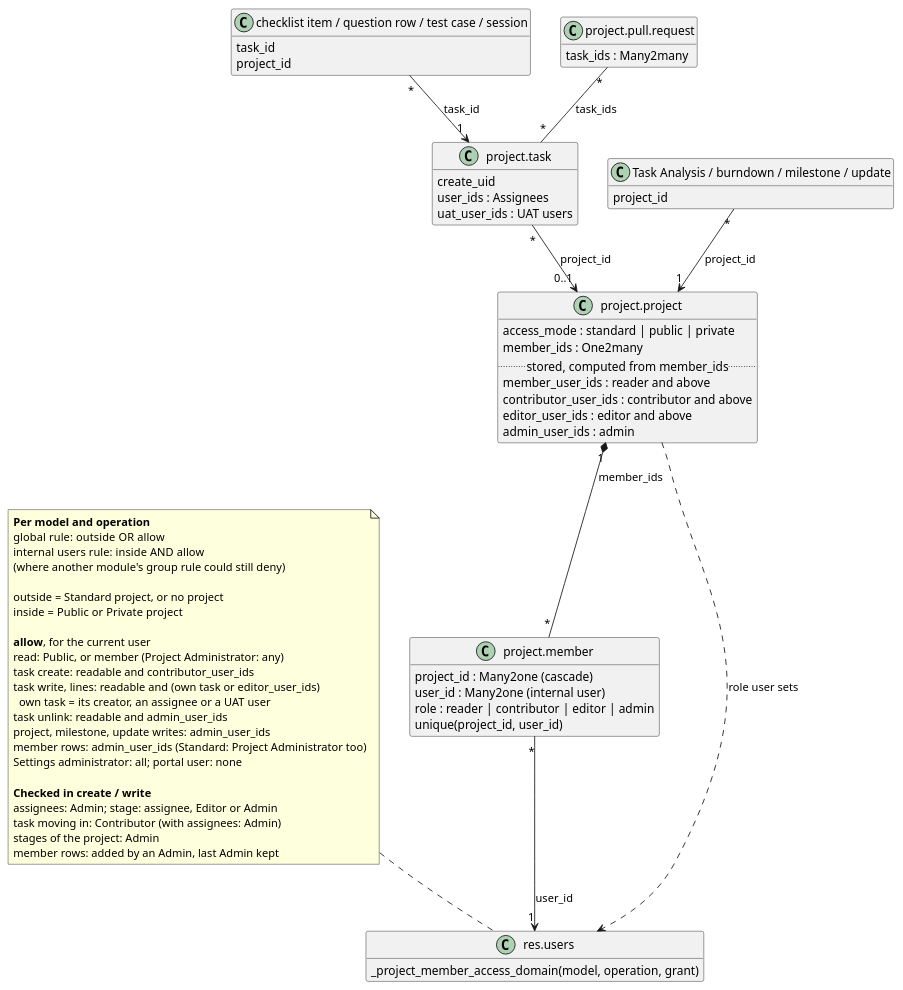
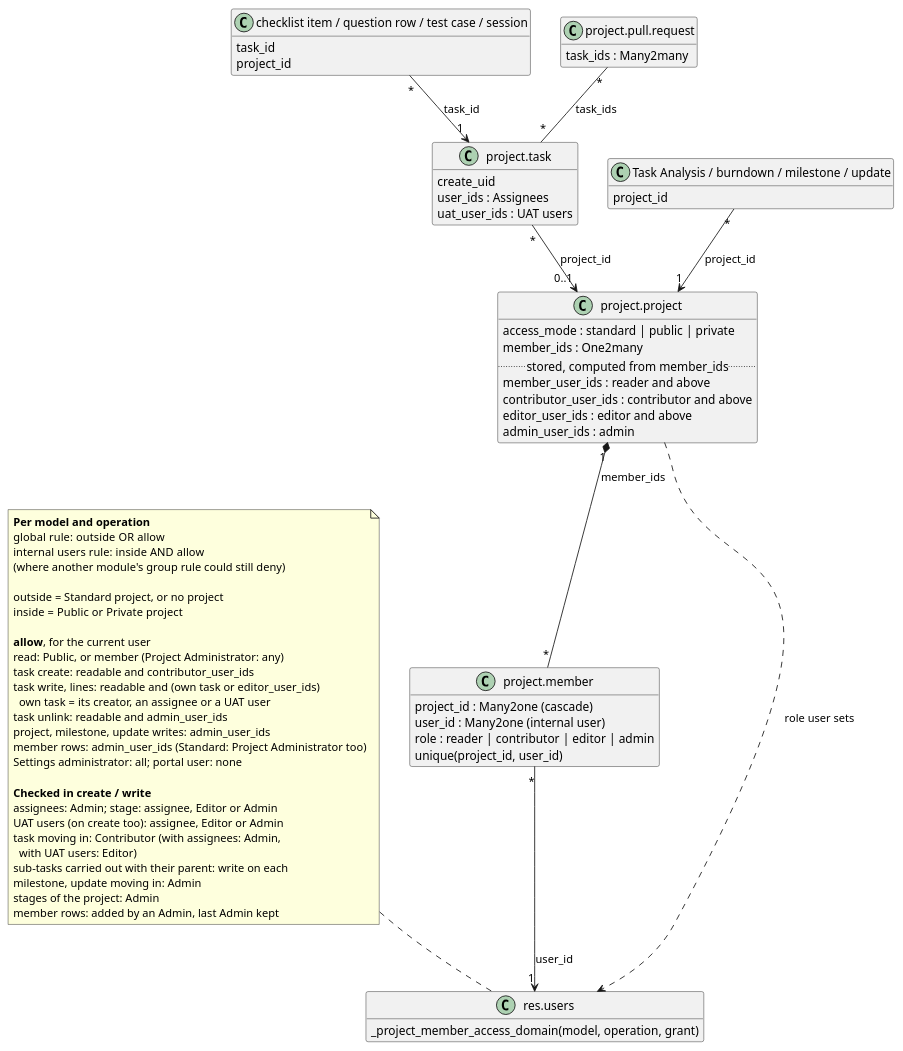
One commit to okolovmark/nixodoo-addons changed the diagram in project_member_access/readme/access_model.puml. Above: the diagram before and after it, drawn with PlantUML. The commit also changed 13 other files, not shown here.

```diff
--- a/project_member_access/readme/access_model.puml
+++ b/project_member_access/readme/access_model.puml
@@ -1,78 +1,82 @@
 @startuml access_model
 ' Data model and record rules of project_member_access.
 ' Preview: Alt+D (PlantUML extension)
 
 hide empty members
 skinparam classAttributeIconSize 0
 skinparam shadowing false
 skinparam defaultFontName Helvetica
 
 class "project.project" as Project {
   access_mode : standard | public | private
   member_ids : One2many
   .. stored, computed from member_ids ..
   member_user_ids : reader and above
   contributor_user_ids : contributor and above
   editor_user_ids : editor and above
   admin_user_ids : admin
 }
 class "project.member" as Member {
   {field} project_id : Many2one (cascade)
   {field} user_id : Many2one (internal user)
   role : reader | contributor | editor | admin
   {field} unique(project_id, user_id)
 }
 class "res.users" as User {
   _project_member_access_domain(model, operation, grant)
 }
 class "project.task" as Task {
   create_uid
   user_ids : Assignees
   uat_user_ids : UAT users
 }
 class "checklist item / question row / test case / session" as Line {
   task_id
   project_id
 }
 class "project.pull.request" as PullRequest {
   task_ids : Many2many
 }
 class "Task Analysis / burndown / milestone / update" as ProjectRecord {
   project_id
 }
 
 Project "1" *-- "*" Member : member_ids
 Member "*" --> "1" User : user_id
 Project ..> User : role user sets
 Task "*" --> "0..1" Project : project_id
 Line "*" --> "1" Task : task_id
 PullRequest "*" -- "*" Task : task_ids
 ProjectRecord "*" --> "1" Project : project_id
 
 note as Rules
   <b>Per model and operation</b>
   global rule:  outside OR allow
   internal users rule:  inside AND allow
   (where another module's group rule could still deny)
 
   outside = Standard project, or no project
   inside  = Public or Private project
 
   <b>allow</b>, for the current user
   read: Public, or member (Project Administrator: any)
   task create: readable and contributor_user_ids
   task write, lines: readable and (own task or editor_user_ids)
     own task = its creator, an assignee or a UAT user
   task unlink: readable and admin_user_ids
   project, milestone, update writes: admin_user_ids
   member rows: admin_user_ids (Standard: Project Administrator too)
   Settings administrator: all; portal user: none
 
   <b>Checked in create / write</b>
   assignees: Admin; stage: assignee, Editor or Admin
-  task moving in: Contributor (with assignees: Admin)
+  UAT users (on create too): assignee, Editor or Admin
+  task moving in: Contributor (with assignees: Admin,
+    with UAT users: Editor)
+  sub-tasks carried out with their parent: write on each
+  milestone, update moving in: Admin
   stages of the project: Admin
   member rows: added by an Admin, last Admin kept
 end note
 Rules .. User
 @enduml
```
